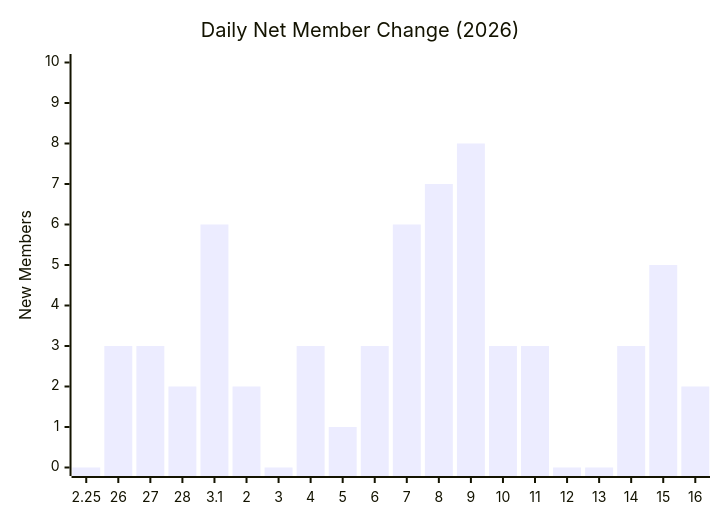
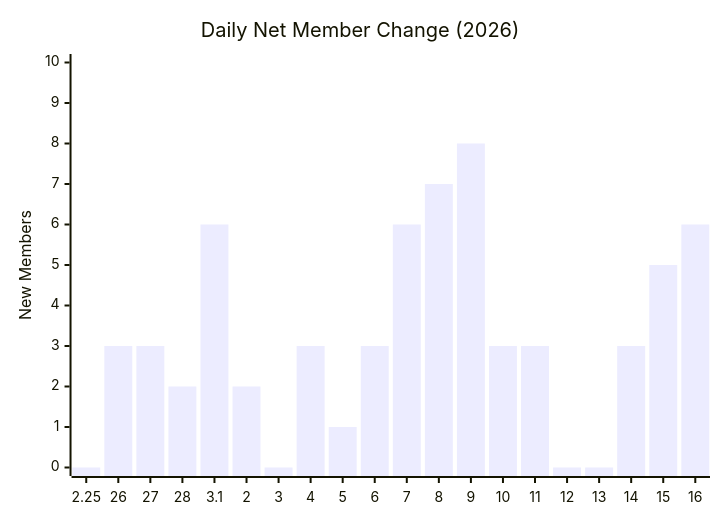
One commit to MattSherwood/March-web changed the third of 3 diagrams in exports/charts/daily-cumulative-member-tally-2026.md. Above: the diagram before and after it, drawn with Mermaid. The commit also changed other lines of this file and 4 other files, not shown here.

````diff
--- a/exports/charts/daily-cumulative-member-tally-2026.md
+++ b/exports/charts/daily-cumulative-member-tally-2026.md
@@ -25,7 +25,7 @@
 ```mermaid
 xychart-beta
     title "Daily Net Member Change (2026)"
     x-axis ["2.25", "26", "27", "28", "3.1", "2", "3", "4", "5", "6", "7", "8", "9", "10", "11", "12", "13", "14", "15", "16"]
     y-axis "New Members" 0 --> 10
-    bar [0, 3, 3, 2, 6, 2, 0, 3, 1, 3, 6, 7, 8, 3, 3, 0, 0, 3, 5, 2]
+    bar [0, 3, 3, 2, 6, 2, 0, 3, 1, 3, 6, 7, 8, 3, 3, 0, 0, 3, 5, 6]
 ```
````
